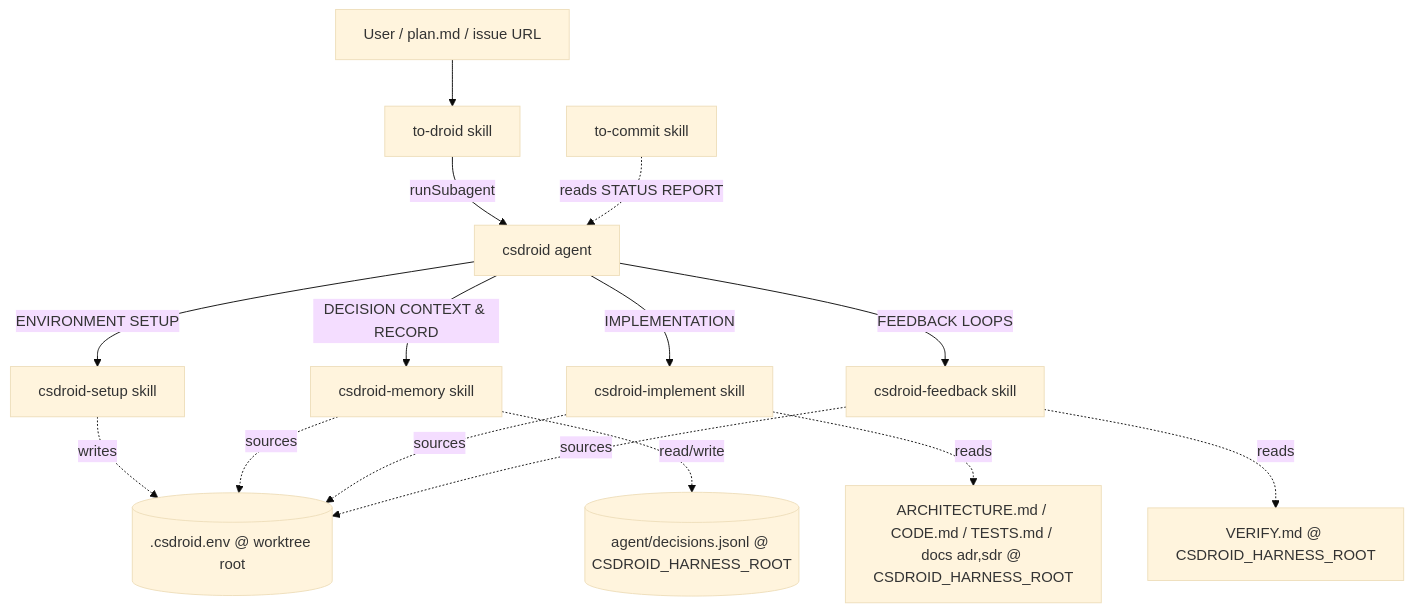
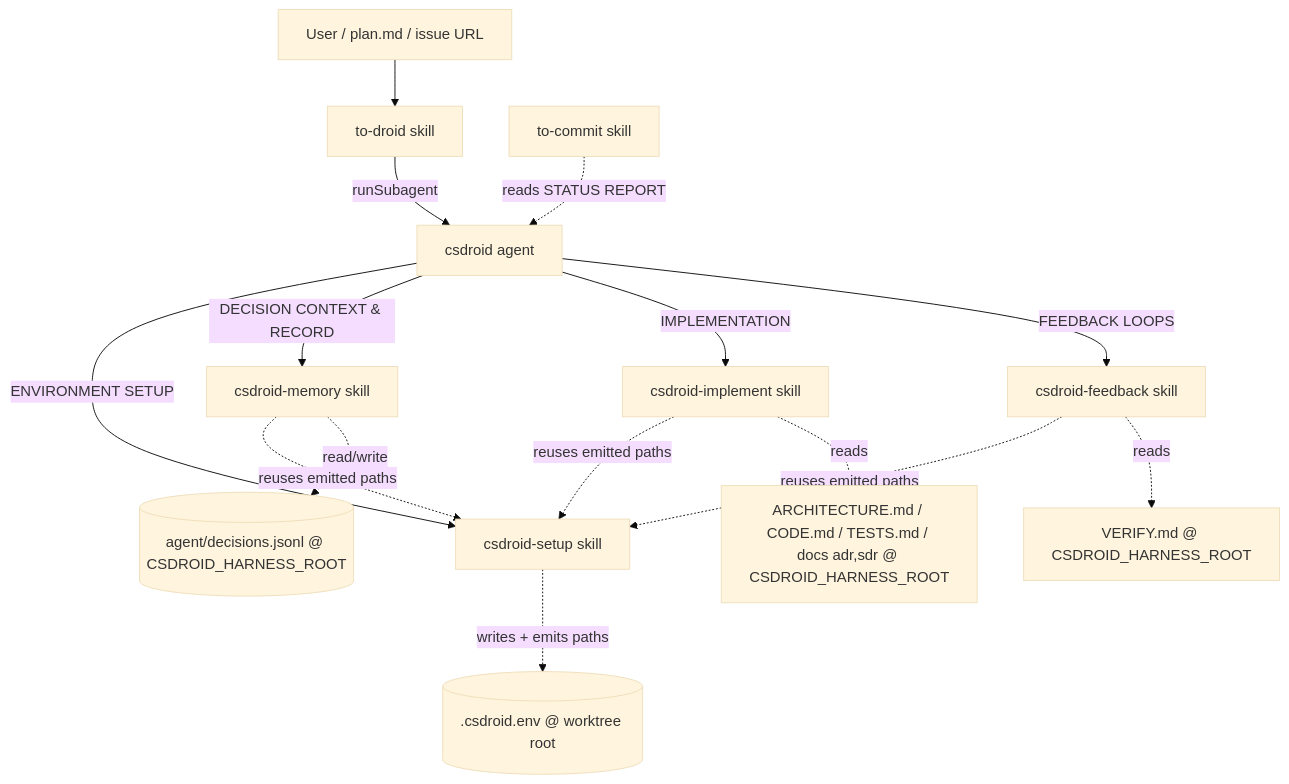
The diagram in plugins/pet/README.md (antshc/brain), drawn with Mermaid (base theme) before and after one commit. The commit also changed other lines of this file and 9 other files, not shown here.

````diff
--- a/plugins/pet/README.md
+++ b/plugins/pet/README.md
@@ -29,19 +28,19 @@
 ```mermaid
 graph TD
     U[User / plan.md / issue URL] --> TD[to-droid skill]
     TD -->|runSubagent| AG[csdroid agent]
     AG -->|ENVIRONMENT SETUP| SET[csdroid-setup skill]
     AG -->|DECISION CONTEXT & RECORD| MEM[csdroid-memory skill]
     AG -->|IMPLEMENTATION| IMP[csdroid-implement skill]
     AG -->|FEEDBACK LOOPS| FB[csdroid-feedback skill]
     TC[to-commit skill] -.->|reads STATUS REPORT| AG
 
-    SET -.writes.-> ENVF[(.csdroid.env @ worktree root)]
-    MEM -.sources.-> ENVF
-    IMP -.sources.-> ENVF
-    FB -.sources.-> ENVF
+    SET -.writes + emits paths.-> ENVF[(.csdroid.env @ worktree root)]
+    MEM -.reuses emitted paths.-> SET
+    IMP -.reuses emitted paths.-> SET
+    FB -.reuses emitted paths.-> SET
 
     IMP -.reads.-> DOCS[ARCHITECTURE.md / CODE.md / TESTS.md / docs adr,sdr @ CSDROID_HARNESS_ROOT]
     FB -.reads.-> VER[VERIFY.md @ CSDROID_HARNESS_ROOT]
     MEM -.read/write.-> STORE[(agent/decisions.jsonl @ CSDROID_HARNESS_ROOT)]
 ```
````
